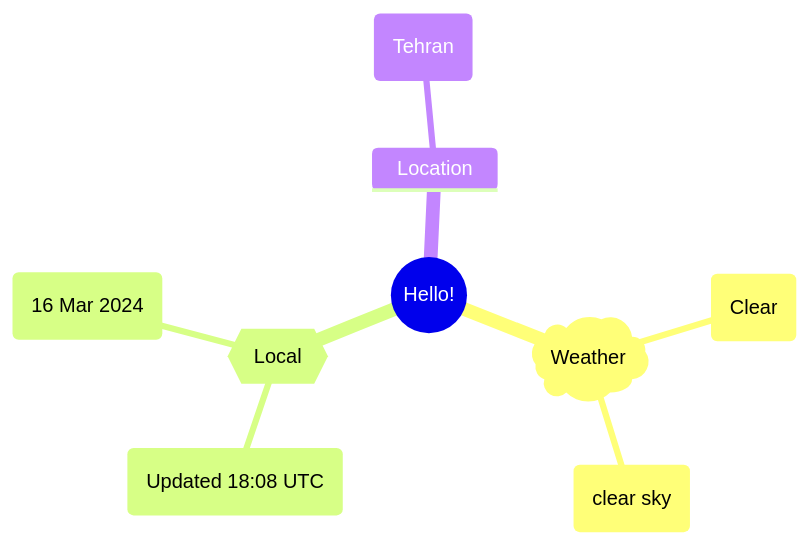
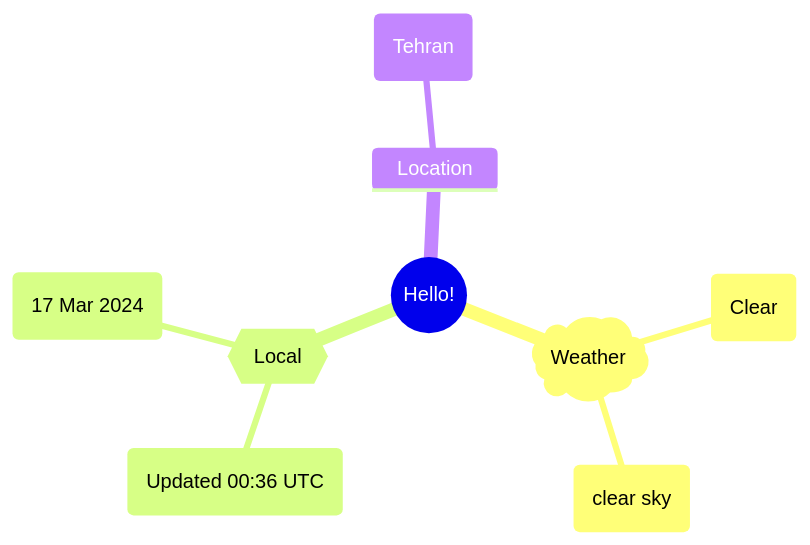
The first of 2 diagrams in README.md (Xosrov/Xosrov), drawn with Mermaid before and after one commit.

Commit message:
[bot] updated images

````diff
--- a/README.md
+++ b/README.md
@@ -3,12 +3,12 @@
 ```mermaid
 mindmap
   root((Hello!))
     )Weather(
         (Clear)
         (clear sky)
     {{Local}}
-        (Updated 18:08 UTC)
-        (16 Mar 2024)
+        (Updated 00:36 UTC)
+        (17 Mar 2024)
     Location
         (Tehran)
 ```
````
